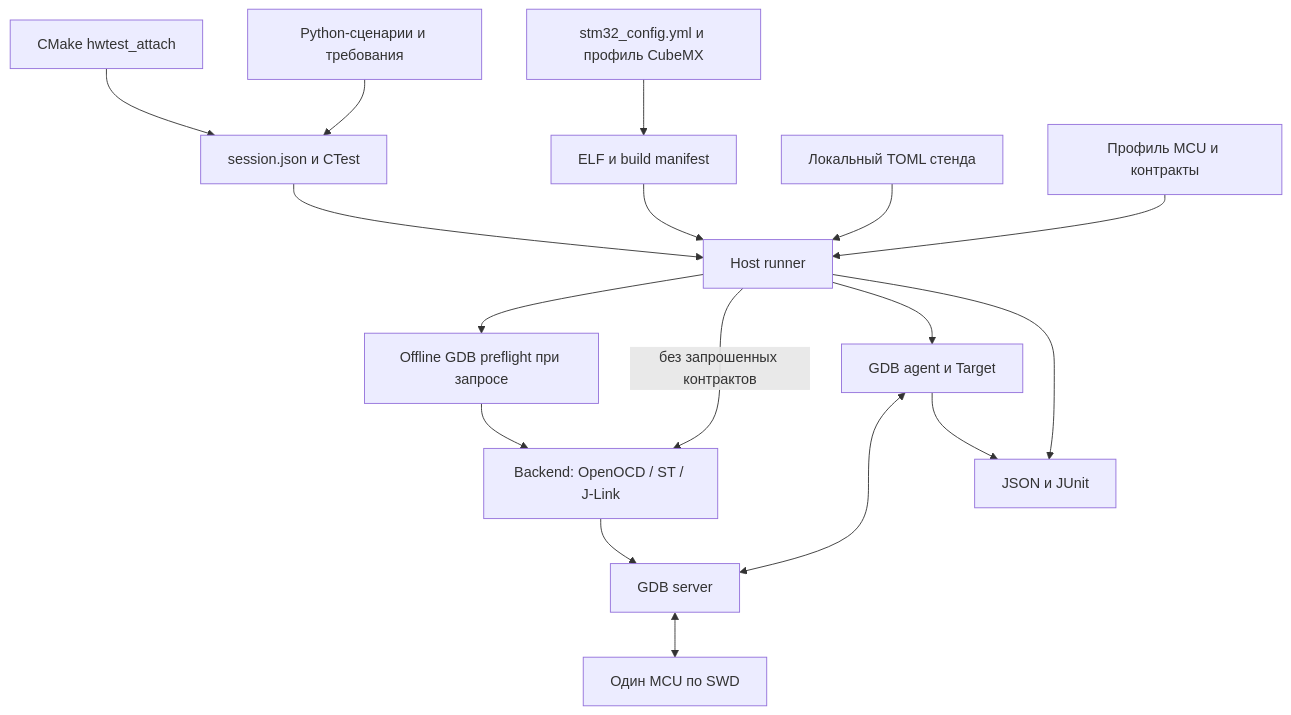
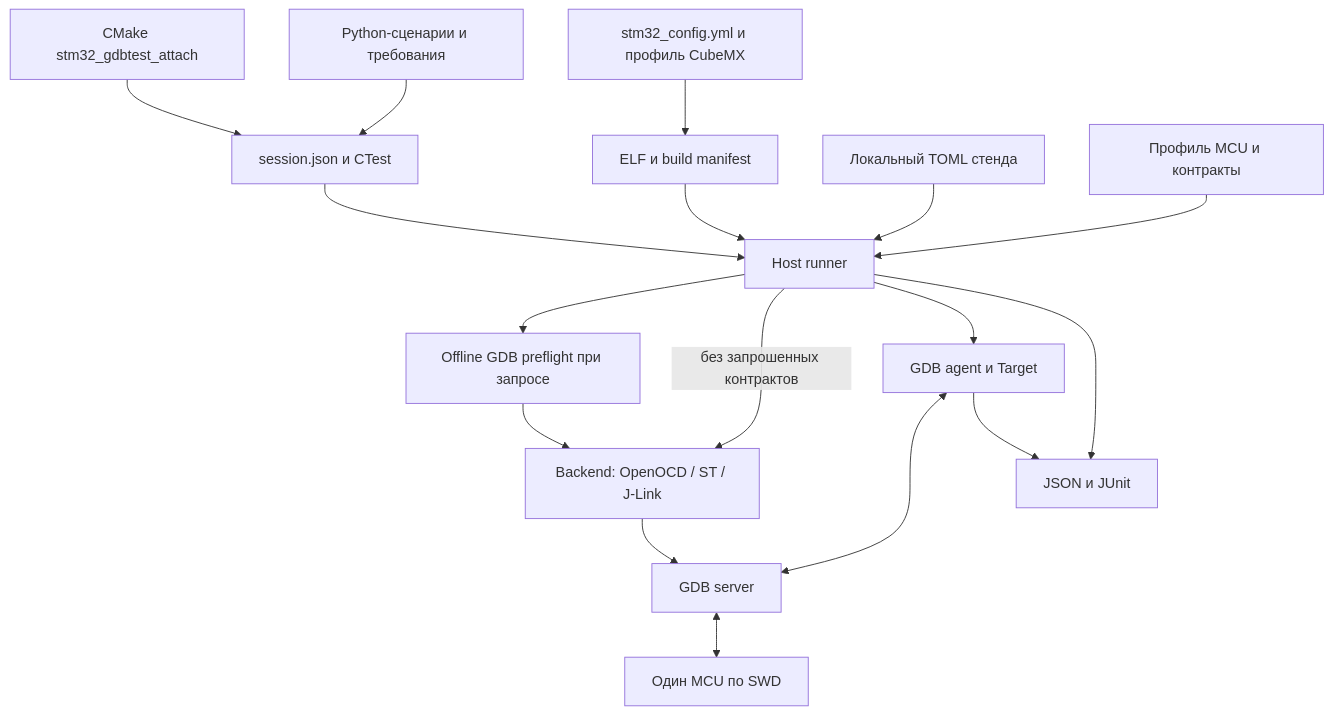
Before and after one commit to ViacheslavMezentsev/stm32-hwtest-blackpill: the diagram in docs/HWTEST_ARCHITECTURE_V2.md, drawn with Mermaid. The commit also changed other lines of this file and 71 other files, not shown here.

Commit message:
Define prototype API and migrate namespace to stm32_gdbtest

````diff
--- a/docs/HWTEST_ARCHITECTURE_V2.md
+++ b/docs/HWTEST_ARCHITECTURE_V2.md
@@ -47,19 +49,19 @@
 ```mermaid
 flowchart TD
     Y[stm32_config.yml и профиль CubeMX] --> FW[ELF и build manifest]
-    C[CMake hwtest_attach] --> S[session.json и CTest]
+    C[CMake stm32_gdbtest_attach] --> S[session.json и CTest]
     T[Python-сценарии и требования] --> S
     S --> R[Host runner]
     B[Локальный TOML стенда] --> R
     P[Профиль MCU и контракты] --> R
     FW --> R
     R --> O[Offline GDB preflight при запросе]
     O --> K[Backend: OpenOCD / ST / J-Link]
     R -->|без запрошенных контрактов| K
     K --> GS[GDB server]
     R --> A[GDB agent и Target]
     A <--> GS
     GS <--> MCU[Один MCU по SWD]
     A --> J[JSON и JUnit]
     R --> J
 ```
````
